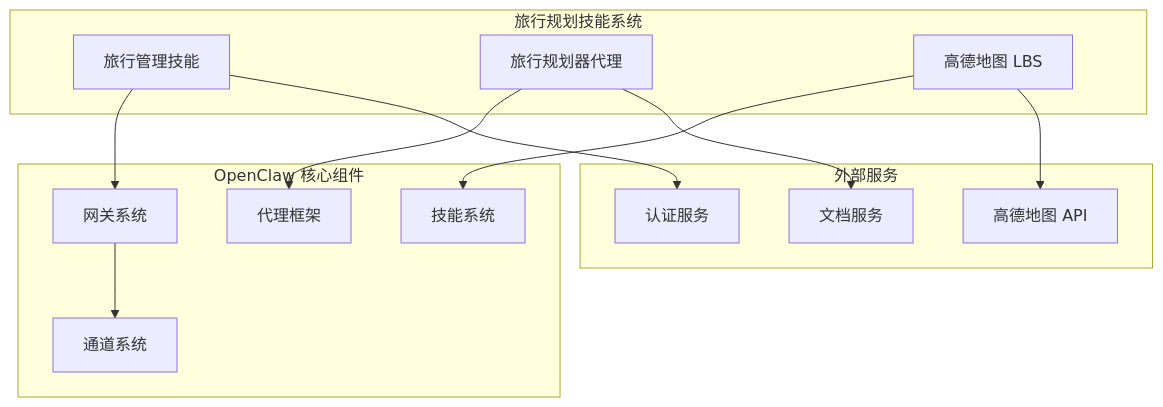
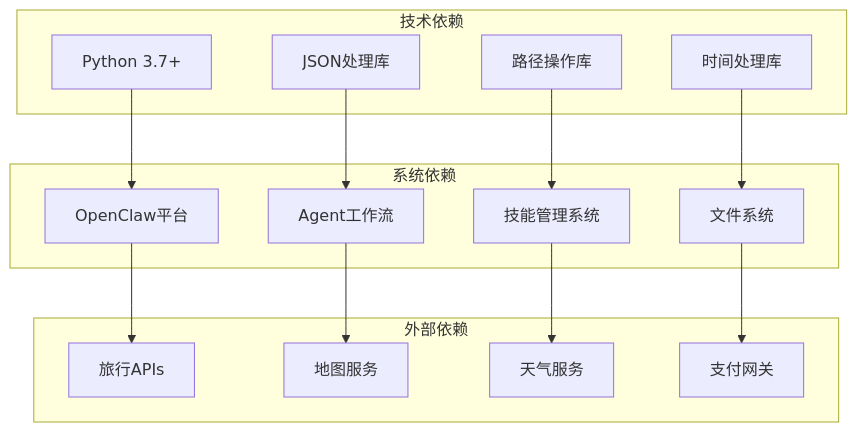
The eighth of 8 diagrams in .qoder/repowiki/zh/content/技能平台/内置技能/旅行规划技能系统.md (verse-ai-org/openclaw), drawn with Mermaid before and after one commit. The commit also changed other lines of this file and 14 other files, not shown here.

````diff
--- a/.qoder/repowiki/zh/content/技能平台/内置技能/旅行规划技能系统.md
+++ b/.qoder/repowiki/zh/content/技能平台/内置技能/旅行规划技能系统.md
@@ -241,26 +382,29 @@
 ```mermaid
 graph TB
-subgraph "旅行规划技能系统"
-TM[旅行管理技能]
-TP[旅行规划器代理]
-LBS[高德地图 LBS]
+subgraph "技术依赖"
+A[Python 3.7+]
+B[JSON处理库]
+C[路径操作库]
+D[时间处理库]
 end
-subgraph "OpenClaw 核心组件"
-GW[网关系统]
-AG[代理框架]
-SK[技能系统]
-CH[通道系统]
+subgraph "系统依赖"
+E[OpenClaw平台]
+F[Agent工作流]
+G[技能管理系统]
+H[文件系统]
 end
-subgraph "外部服务"
-AMAP[高德地图 API]
-AUTH[认证服务]
-DOC[文档服务]
+subgraph "外部依赖"
+I[旅行APIs]
+J[地图服务]
+K[天气服务]
+L[支付网关]
 end
-TM --> GW
-TP --> AG
-LBS --> SK
-GW --> CH
-TM --> AUTH
-TP --> DOC
-LBS --> AMAP
+A --> E
+B --> F
+C --> G
+D --> H
+E --> I
+F --> J
+G --> K
+H --> L
 ```
````
